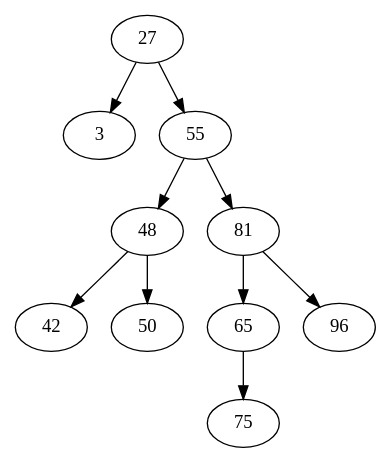
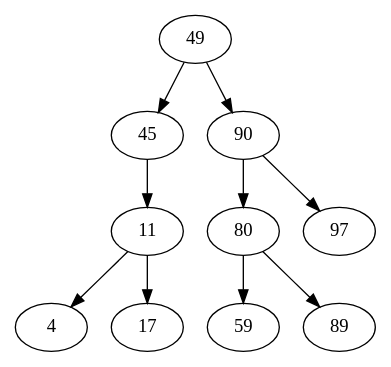
Before and after one commit to jhuni45/UNSA: the diagram in EDA/Laboratorios/arbol_binario.dot, drawn with Graphviz. The commit also changed 4 other files, not shown here.

```diff
--- a/EDA/Laboratorios/arbol_binario.dot
+++ b/EDA/Laboratorios/arbol_binario.dot
@@ -1,11 +1,11 @@
 digraph G {
-27 -> 3
-27 -> 55
-55 -> 48
-55 -> 81
-48 -> 42
-48 -> 50
-81 -> 65
-81 -> 96
-65 -> 75
+49 -> 45
+49 -> 90
+45 -> 11
+11 -> 4
+11 -> 17
+90 -> 80
+90 -> 97
+80 -> 59
+80 -> 89
 }
```
